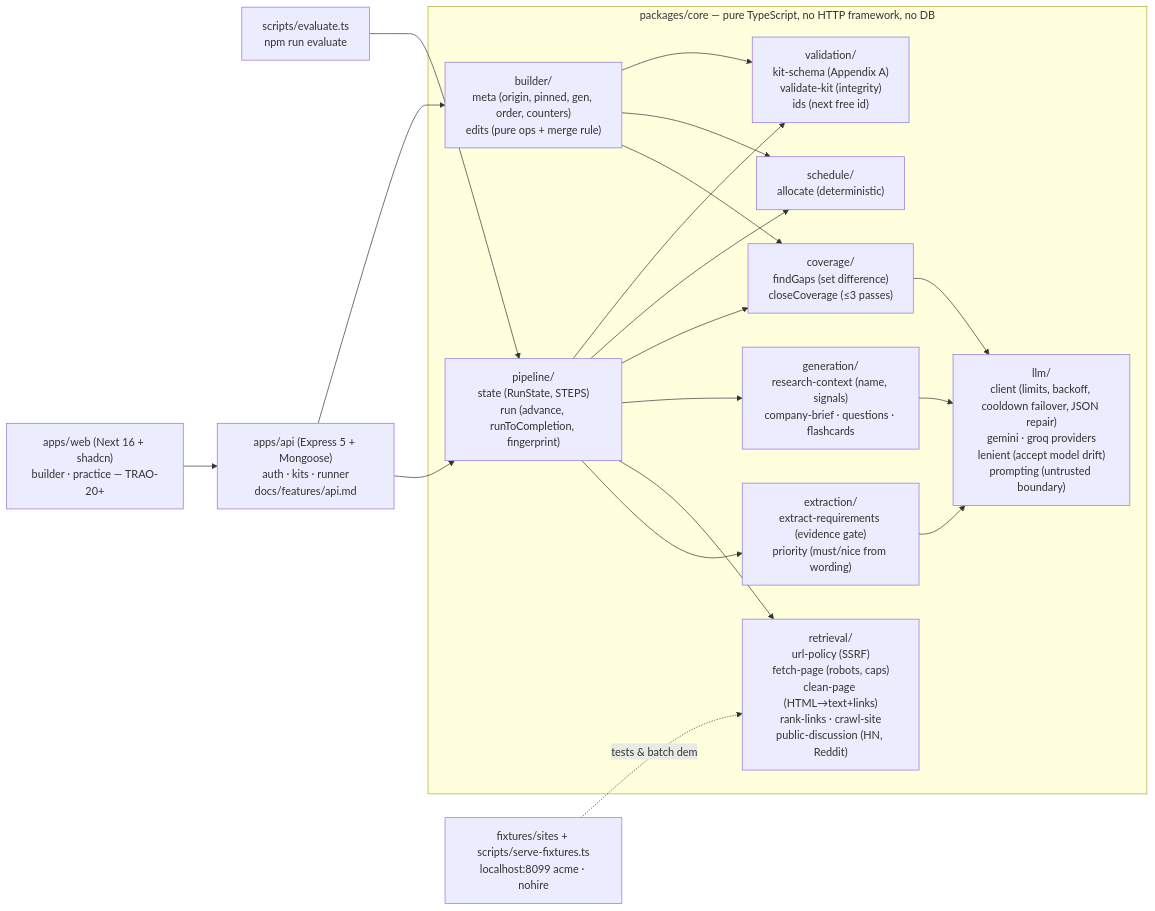
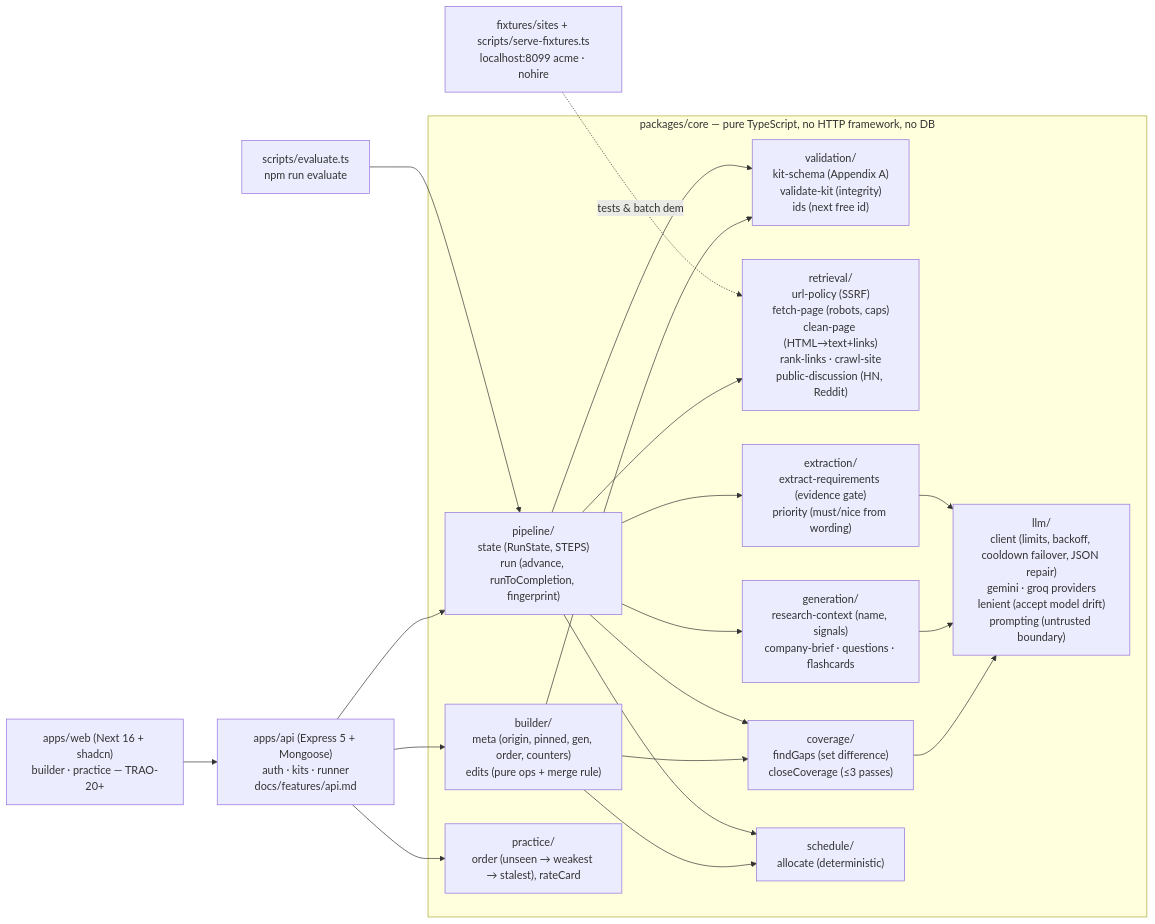
One commit to ayush-mania/trao-assignment changed the first of 3 diagrams in docs/GRAPH.md. Above: the diagram before and after it, drawn with Mermaid. The commit also changed other lines of this file and 14 other files, not shown here.

````diff
--- a/docs/GRAPH.md
+++ b/docs/GRAPH.md
@@ -14,22 +14,23 @@
 ```mermaid
 flowchart LR
   subgraph core["packages/core — pure TypeScript, no HTTP framework, no DB"]
     validation["validation/<br/>kit-schema (Appendix A)<br/>validate-kit (integrity)<br/>ids (next free id)"]
     llm["llm/<br/>client (limits, backoff, cooldown failover, JSON repair)<br/>gemini · groq providers<br/>lenient (accept model drift)<br/>prompting (untrusted boundary)"]
     retrieval["retrieval/<br/>url-policy (SSRF)<br/>fetch-page (robots, caps)<br/>clean-page (HTML→text+links)<br/>rank-links · crawl-site<br/>public-discussion (HN, Reddit)"]
     extraction["extraction/<br/>extract-requirements (evidence gate)<br/>priority (must/nice from wording)"]
     generation["generation/<br/>research-context (name, signals)<br/>company-brief · questions · flashcards"]
     coverage["coverage/<br/>findGaps (set difference)<br/>closeCoverage (≤3 passes)"]
     schedule["schedule/<br/>allocate (deterministic)"]
     pipeline["pipeline/<br/>state (RunState, STEPS)<br/>run (advance, runToCompletion, fingerprint)"]
     builder["builder/<br/>meta (origin, pinned, gen, order, counters)<br/>edits (pure ops + merge rule)"]
+    practice["practice/<br/>order (unseen → weakest → stalest), rateCard"]
   end
   cli["scripts/evaluate.ts<br/>npm run evaluate"] --> pipeline
   api["apps/api (Express 5 + Mongoose)<br/>auth · kits · runner<br/>docs/features/api.md"] --> pipeline
   web["apps/web (Next 16 + shadcn)<br/>builder · practice — TRAO-20+"] --> api
   fixtures["fixtures/sites + scripts/serve-fixtures.ts<br/>localhost:8099 acme · nohire"] -.tests & batch demo.-> retrieval
   pipeline --> extraction & retrieval & generation & coverage & schedule & validation
   builder --> coverage & schedule & validation
-  api --> builder
+  api --> builder & practice
   extraction & generation & coverage --> llm
 ```
````
